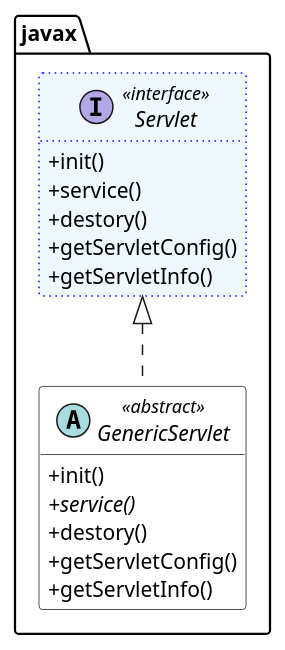
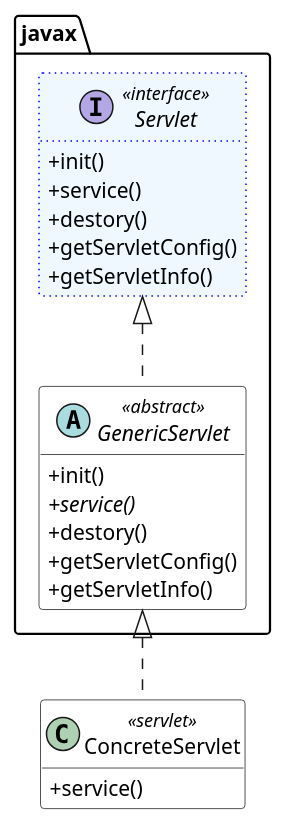
The diagram in WebWorkbook/uml/servlet.puml (wanbaep/java-web-workbook), drawn with PlantUML before and after one commit. The commit also changed 3 other files, not shown here.

```diff
--- a/WebWorkbook/uml/servlet.puml
+++ b/WebWorkbook/uml/servlet.puml
@@ -1,24 +1,29 @@
 @startuml
 skinparam classAttributeIconSize 0
 
 interface javax.Servlet <<interface>> #aliceblue ##[dotted]blue {
 +init()
 +service()
 +destory()
 +getServletConfig()
 +getServletInfo()
 }
 
 abstract javax.GenericServlet <<abstract>> #white {
 +init()
 +{abstract} service()
 +destory()
 +getServletConfig()
 +getServletInfo()
 }
 
+class ConcreteServlet <<servlet>> #white {
++service()
+}
+
 hide fields
 
 javax.Servlet <|.. javax.GenericServlet
+javax.GenericServlet <|.. ConcreteServlet
 
 @enduml
```
